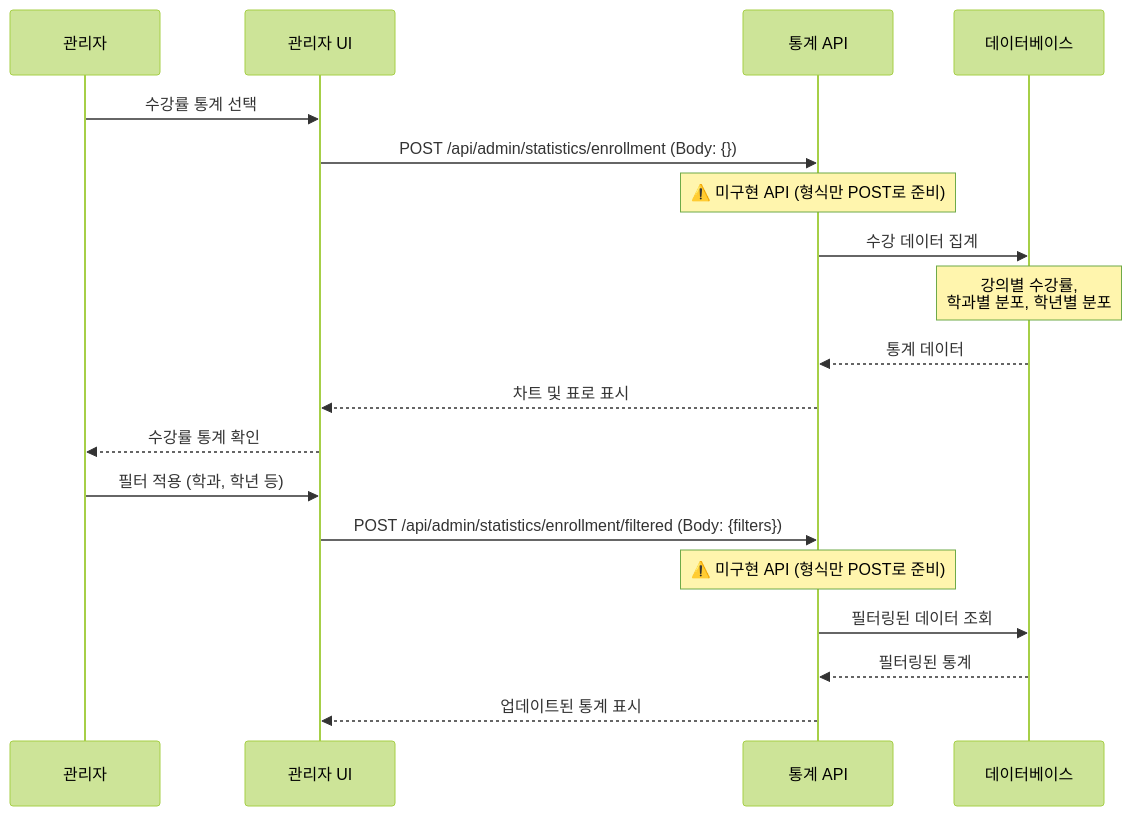
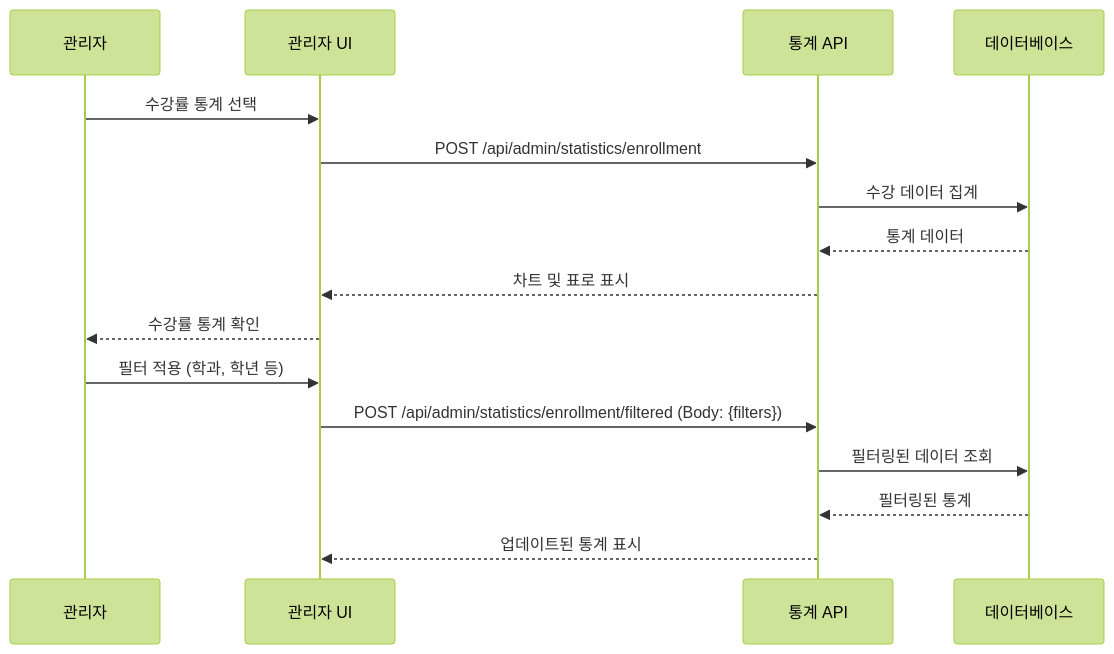
Before and after one commit to hooting76/blue-crab-lms: the seventh of 8 diagrams in backend/BlueCrab/docs/강의관련기능/04-관리자플로우.md, drawn with Mermaid (forest theme). The commit also changed other lines of this file and 19 other files, not shown here.

````diff
--- a/backend/BlueCrab/docs/강의관련기능/04-관리자플로우.md
+++ b/backend/BlueCrab/docs/강의관련기능/04-관리자플로우.md
@@ -302,24 +283,20 @@
 ```mermaid
 sequenceDiagram
     participant Admin as 관리자
     participant UI as 관리자 UI
     participant API as 통계 API
     participant DB as 데이터베이스
 
     Admin->>UI: 수강률 통계 선택
-    UI->>API: POST /api/admin/statistics/enrollment (Body: {})
-    Note over API: ⚠️ 미구현 API (형식만 POST로 준비)
+    UI->>API: POST /api/admin/statistics/enrollment
     API->>DB: 수강 데이터 집계
-    Note over DB: 강의별 수강률,<br/>학과별 분포, 학년별 분포
-
     DB-->>API: 통계 데이터
     API-->>UI: 차트 및 표로 표시
     UI-->>Admin: 수강률 통계 확인
 
     Admin->>UI: 필터 적용 (학과, 학년 등)
     UI->>API: POST /api/admin/statistics/enrollment/filtered (Body: {filters})
-    Note over API: ⚠️ 미구현 API (형식만 POST로 준비)
     API->>DB: 필터링된 데이터 조회
     DB-->>API: 필터링된 통계
     API-->>UI: 업데이트된 통계 표시
 ```
````
